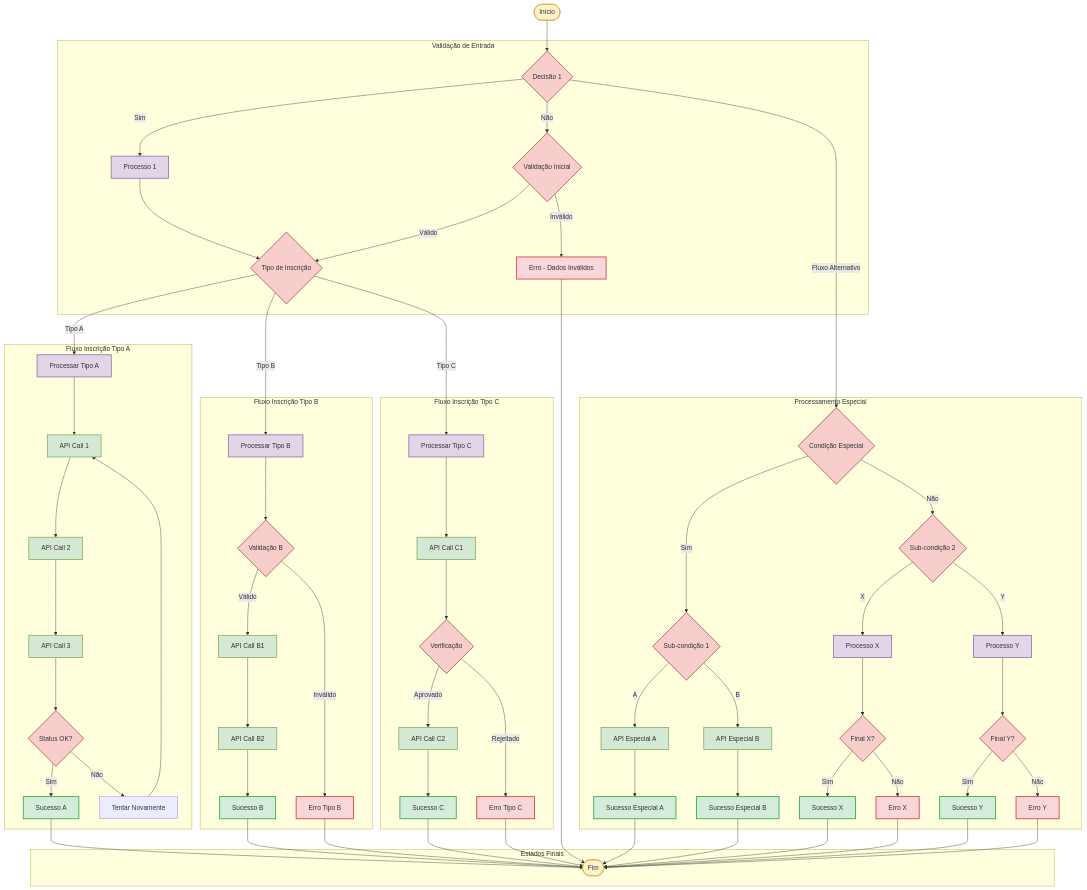
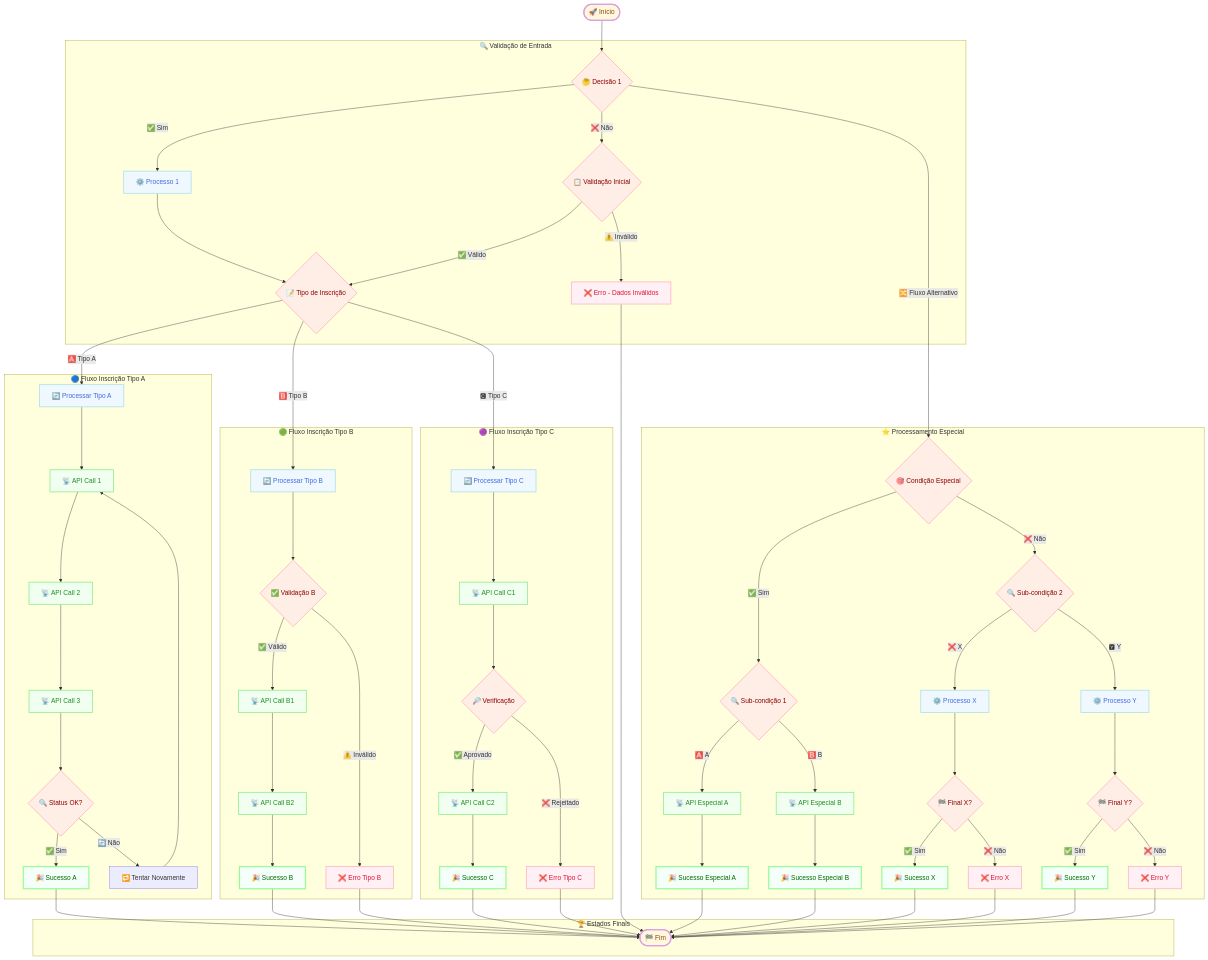
One commit to enogrob/project-qeevo-api-integrations-docs changed the diagram in src/fluxo-inscricoes.md. Above: the diagram before and after it, drawn with Mermaid. The commit also changed other lines of this file, not shown here.

````diff
--- a/src/fluxo-inscricoes.md
+++ b/src/fluxo-inscricoes.md
@@ -8,73 +8,73 @@
 ```mermaid
 flowchart TD
-    Start([Início]) --> Decision1{Decisão 1}
+    Start([🚀 Início]) --> Decision1{🤔 Decisão 1}
     
     %% Entrada e Validação Inicial
-    subgraph "Validação de Entrada"
-        Decision1 -->|Sim| Process1[Processo 1]
-        Decision1 -->|Não| Decision2{Validação Inicial}
-        Process1 --> Decision3{Tipo de Inscrição}
-        Decision2 -->|Válido| Decision3
-        Decision2 -->|Inválido| Error1[Erro - Dados Inválidos]
+    subgraph "🔍 Validação de Entrada"
+        Decision1 -->|✅ Sim| Process1[⚙️ Processo 1]
+        Decision1 -->|❌ Não| Decision2{📋 Validação Inicial}
+        Process1 --> Decision3{📝 Tipo de Inscrição}
+        Decision2 -->|✅ Válido| Decision3
+        Decision2 -->|⚠️ Inválido| Error1[❌ Erro - Dados Inválidos]
     end
     
     %% Processamento Tipo A
-    subgraph "Fluxo Inscrição Tipo A"
-        Decision3 -->|Tipo A| ProcessA[Processar Tipo A]
-        ProcessA --> API1[API Call 1]
-        API1 --> API2[API Call 2]
-        API2 --> API3[API Call 3]
-        API3 --> Decision4{Status OK?}
-        Decision4 -->|Sim| Success1[Sucesso A]
-        Decision4 -->|Não| Retry1[Tentar Novamente]
+    subgraph "🔵 Fluxo Inscrição Tipo A"
+        Decision3 -->|🅰️ Tipo A| ProcessA[🔄 Processar Tipo A]
+        ProcessA --> API1[📡 API Call 1]
+        API1 --> API2[📡 API Call 2]
+        API2 --> API3[📡 API Call 3]
+        API3 --> Decision4{🔍 Status OK?}
+        Decision4 -->|✅ Sim| Success1[🎉 Sucesso A]
+        Decision4 -->|🔄 Não| Retry1[🔁 Tentar Novamente]
         Retry1 --> API1
     end
     
     %% Processamento Tipo B
-    subgraph "Fluxo Inscrição Tipo B"
-        Decision3 -->|Tipo B| ProcessB[Processar Tipo B]
-        ProcessB --> Decision5{Validação B}
-        Decision5 -->|Válido| API4[API Call B1]
-        Decision5 -->|Inválido| Error2[Erro Tipo B]
-        API4 --> API5[API Call B2]
-        API5 --> Success2[Sucesso B]
+    subgraph "🟢 Fluxo Inscrição Tipo B"
+        Decision3 -->|🅱️ Tipo B| ProcessB[🔄 Processar Tipo B]
+        ProcessB --> Decision5{✅ Validação B}
+        Decision5 -->|✅ Válido| API4[📡 API Call B1]
+        Decision5 -->|⚠️ Inválido| Error2[❌ Erro Tipo B]
+        API4 --> API5[📡 API Call B2]
+        API5 --> Success2[🎉 Sucesso B]
     end
     
     %% Processamento Tipo C (Caso exista)
-    subgraph "Fluxo Inscrição Tipo C"
-        Decision3 -->|Tipo C| ProcessC[Processar Tipo C]
-        ProcessC --> API6[API Call C1]
-        API6 --> Decision6{Verificação}
-        Decision6 -->|Aprovado| API7[API Call C2]
-        Decision6 -->|Rejeitado| Error3[Erro Tipo C]
-        API7 --> Success3[Sucesso C]
+    subgraph "🟣 Fluxo Inscrição Tipo C"
+        Decision3 -->|🅲 Tipo C| ProcessC[🔄 Processar Tipo C]
+        ProcessC --> API6[📡 API Call C1]
+        API6 --> Decision6{🔎 Verificação}
+        Decision6 -->|✅ Aprovado| API7[📡 API Call C2]
+        Decision6 -->|❌ Rejeitado| Error3[❌ Erro Tipo C]
+        API7 --> Success3[🎉 Sucesso C]
     end
     
     %% Fluxos Especiais
-    subgraph "Processamento Especial"
-        Decision1 -->|Fluxo Alternativo| Decision7{Condição Especial}
-        Decision7 -->|Sim| Decision8{Sub-condição 1}
-        Decision7 -->|Não| Decision9{Sub-condição 2}
+    subgraph "⭐ Processamento Especial"
+        Decision1 -->|🔀 Fluxo Alternativo| Decision7{🎯 Condição Especial}
+        Decision7 -->|✅ Sim| Decision8{🔍 Sub-condição 1}
+        Decision7 -->|❌ Não| Decision9{🔍 Sub-condição 2}
         
-        Decision8 -->|A| API8[API Especial A]
-        Decision8 -->|B| API9[API Especial B]
-        Decision9 -->|X| ProcessX[Processo X]
-        Decision9 -->|Y| ProcessY[Processo Y]
+        Decision8 -->|🅰️ A| API8[📡 API Especial A]
+        Decision8 -->|🅱️ B| API9[📡 API Especial B]
+        Decision9 -->|❌ X| ProcessX[⚙️ Processo X]
+        Decision9 -->|🆈 Y| ProcessY[⚙️ Processo Y]
         
-        API8 --> Success4[Sucesso Especial A]
-        API9 --> Success5[Sucesso Especial B]
-        ProcessX --> Decision10{Final X?}
-        ProcessY --> Decision11{Final Y?}
+        API8 --> Success4[🎉 Sucesso Especial A]
+        API9 --> Success5[🎉 Sucesso Especial B]
+        ProcessX --> Decision10{🏁 Final X?}
+        ProcessY --> Decision11{🏁 Final Y?}
         
-        Decision10 -->|Sim| Success6[Sucesso X]
-        Decision10 -->|Não| Error4[Erro X]
-        Decision11 -->|Sim| Success7[Sucesso Y]
-        Decision11 -->|Não| Error5[Erro Y]
+        Decision10 -->|✅ Sim| Success6[🎉 Sucesso X]
+        Decision10 -->|❌ Não| Error4[❌ Erro X]
+        Decision11 -->|✅ Sim| Success7[🎉 Sucesso Y]
+        Decision11 -->|❌ Não| Error5[❌ Erro Y]
     end
     
     %% Finalização
-    subgraph "Estados Finais"
-        Success1 --> End([Fim])
+    subgraph "🏆 Estados Finais"
+        Success1 --> End([🏁 Fim])
         Success2 --> End
         Success3 --> End
         Success4 --> End
@@ -88,13 +88,14 @@
         Error5 --> End
     end
     
-    %% Styling
-    classDef startEnd fill:#fff2cc,stroke:#d6b656,stroke-width:2px
-    classDef decision fill:#f8cecc,stroke:#b85450,stroke-width:2px
-    classDef process fill:#e1d5e7,stroke:#9673a6,stroke-width:2px
-    classDef api fill:#d5e8d4,stroke:#82b366,stroke-width:2px
-    classDef success fill:#d4edda,stroke:#28a745,stroke-width:2px
-    classDef error fill:#f8d7da,stroke:#dc3545,stroke-width:2px
+    %% Styling - Pastel Colors
+    classDef startEnd fill:#FFF8DC,stroke:#DDA0DD,stroke-width:3px,color:#8B4513
+    classDef decision fill:#FFEEE6,stroke:#FFB6C1,stroke-width:2px,color:#8B0000
+    classDef process fill:#F0F8FF,stroke:#B0E0E6,stroke-width:2px,color:#4169E1
+    classDef api fill:#F0FFF0,stroke:#90EE90,stroke-width:2px,color:#228B22
+    classDef success fill:#F5FFFA,stroke:#98FB98,stroke-width:3px,color:#006400
+    classDef error fill:#FFF0F5,stroke:#FFB6C1,stroke-width:2px,color:#DC143C
+    classDef special fill:#F8F8FF,stroke:#DDA0DD,stroke-width:2px,color:#9370DB
     
     class Start,End startEnd
     class Decision1,Decision2,Decision3,Decision4,Decision5,Decision6,Decision7,Decision8,Decision9,Decision10,Decision11 decision
````
